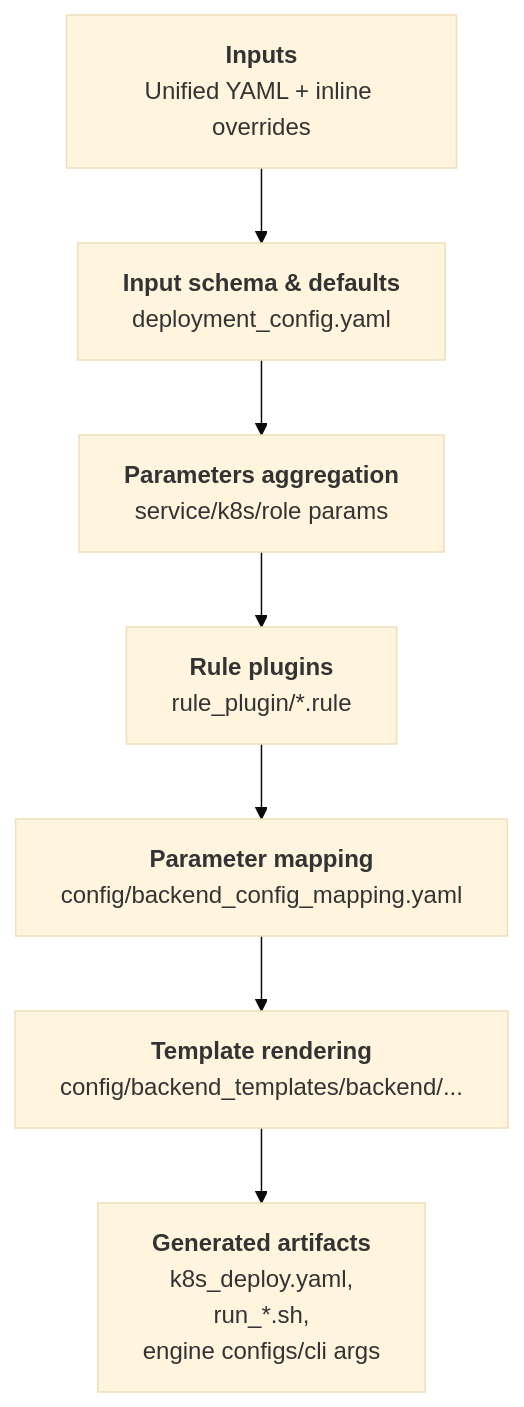
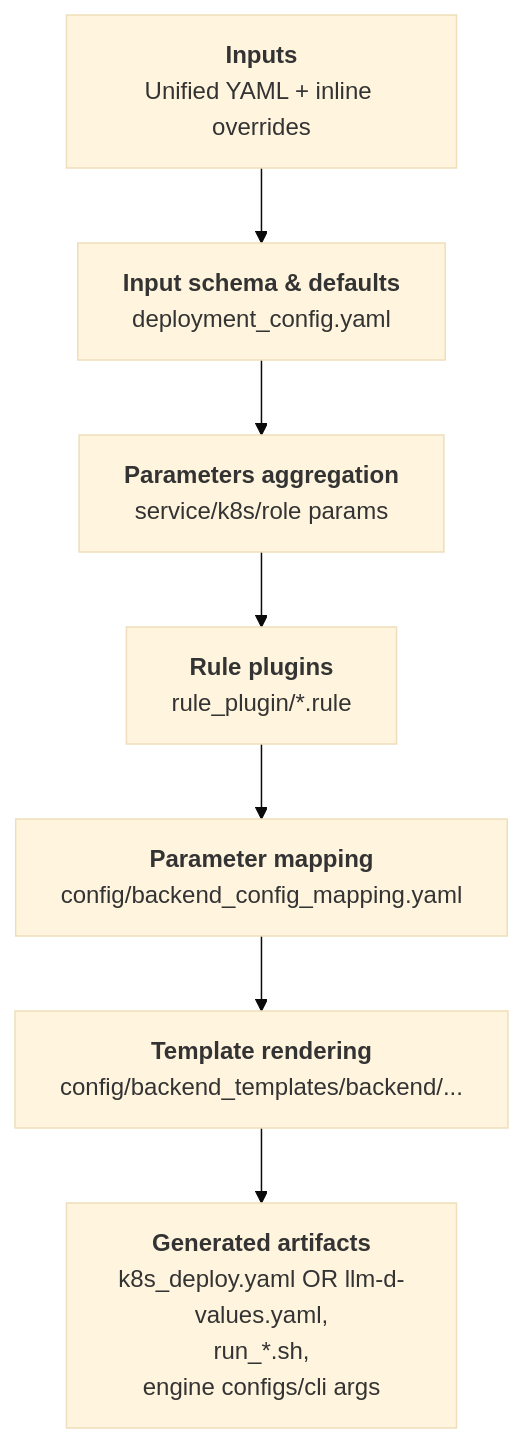
One commit to simone-chen/aiconfigurator changed the diagram in docs/generator_overview.md. Above: the diagram before and after it, drawn with Mermaid (base theme). The commit also changed other lines of this file and 18 other files, not shown here.

````diff
--- a/docs/generator_overview.md
+++ b/docs/generator_overview.md
@@ -6,9 +6,9 @@
 ```mermaid
 flowchart TD
   A[<b>Inputs</b><br/>Unified YAML + inline overrides] --> B[<b>Input schema & defaults</b><br/>deployment_config.yaml]
   B --> C[<b>Parameters aggregation</b><br/>service/k8s/role params]
   C --> D[<b>Rule plugins</b><br/>rule_plugin/*.rule]
   D --> E[<b>Parameter mapping</b><br/>config/backend_config_mapping.yaml]
   E --> F[<b>Template rendering</b><br/>config/backend_templates/backend/...]
-  F --> G[<b>Generated artifacts</b><br/>k8s_deploy.yaml,<br/>run_*.sh,<br/>engine configs/cli args]
+  F --> G[<b>Generated artifacts</b><br/>k8s_deploy.yaml OR llm-d-values.yaml,<br/>run_*.sh,<br/>engine configs/cli args]
 ```
````
